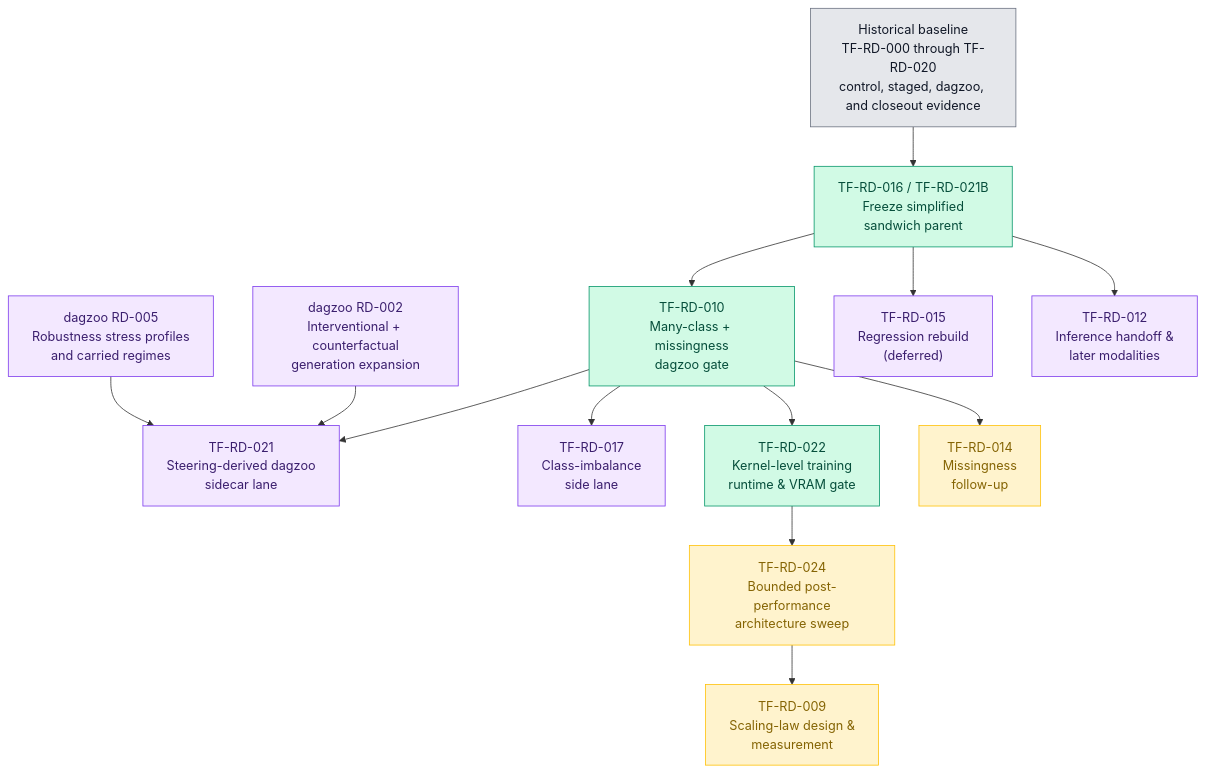
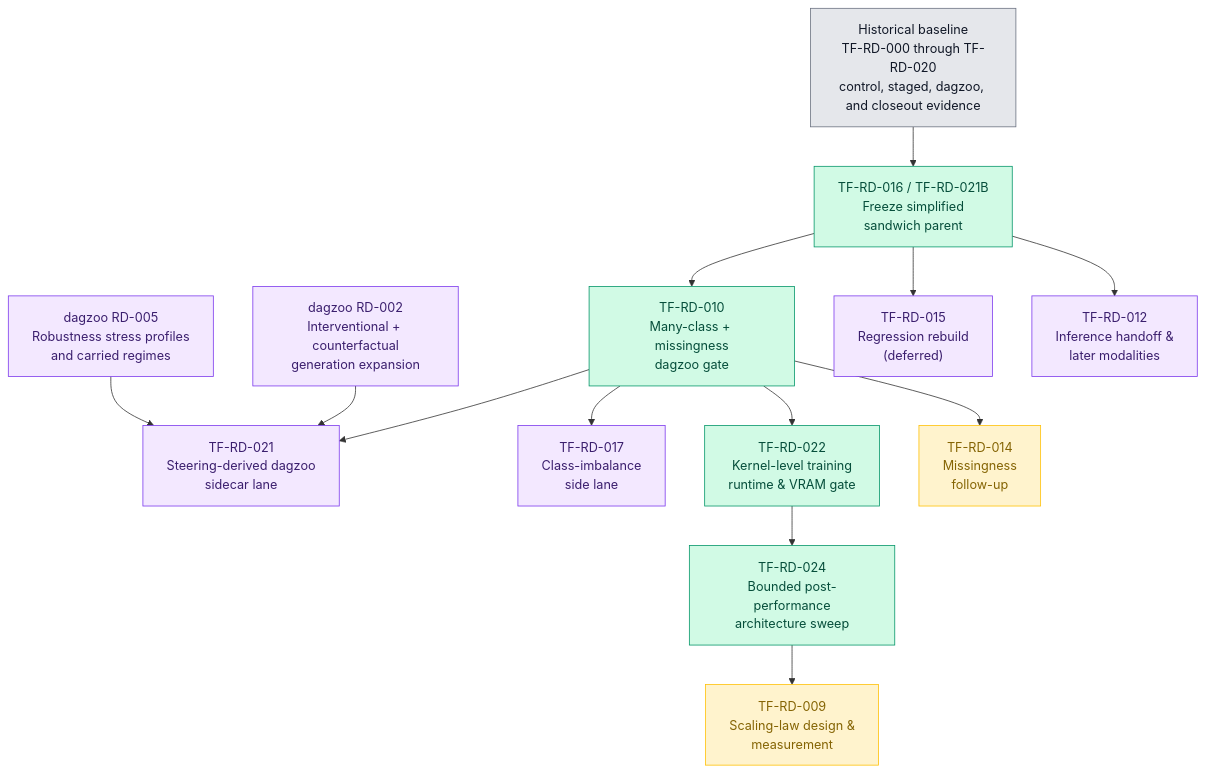
One commit to bensonlee5/tab-foundry changed the diagram in docs/development/roadmap.md. Above: the diagram before and after it, drawn with Mermaid. The commit also changed other lines of this file and 9 other files, not shown here.

````diff
--- a/docs/development/roadmap.md
+++ b/docs/development/roadmap.md
@@ -153,40 +153,40 @@
 ```mermaid
 flowchart TD
     HIST["Historical baseline<br/>TF-RD-000 through TF-RD-020<br/>control, staged, dagzoo, and closeout evidence"]
     RD016["TF-RD-016 / TF-RD-021B<br/>Freeze simplified<br/>sandwich parent"]
     RD010["TF-RD-010<br/>Many-class + missingness<br/>dagzoo gate"]
     RD021["TF-RD-021<br/>Steering-derived dagzoo<br/>sidecar lane"]
     DZ002["dagzoo RD-002<br/>Interventional + counterfactual<br/>generation expansion"]
     DZ005["dagzoo RD-005<br/>Robustness stress profiles<br/>and carried regimes"]
     RD017["TF-RD-017<br/>Class-imbalance<br/>side lane"]
     RD022["TF-RD-022<br/>Kernel-level training<br/>runtime & VRAM gate"]
     RD024["TF-RD-024<br/>Bounded post-performance<br/>architecture sweep"]
     RD014["TF-RD-014<br/>Missingness<br/>follow-up"]
     RD015["TF-RD-015<br/>Regression rebuild<br/>(deferred)"]
     RD012["TF-RD-012<br/>Inference handoff &<br/>later modalities"]
     RD009["TF-RD-009<br/>Scaling-law design &<br/>measurement"]
 
     HIST --> RD016
     RD016 --> RD010
     RD010 --> RD022
     RD022 --> RD024
     RD024 --> RD009
     RD010 --> RD021
     DZ002 --> RD021
     DZ005 --> RD021
     RD010 --> RD014
     RD010 --> RD017
     RD016 --> RD015
     RD016 --> RD012
 
     classDef hist fill:#e5e7eb,stroke:#6b7280,color:#111827;
     classDef done fill:#d1fae5,stroke:#059669,color:#064e3b;
     classDef readyNow fill:#fff3cd,stroke:#ffc107,color:#856404;
     classDef gate fill:#fff1d6,stroke:#c67a00,color:#3d2a00;
     classDef later fill:#f3e8ff,stroke:#7c3aed,color:#3b1f6e;
 
     class HIST hist;
-    class RD010,RD016,RD022 done;
-    class RD024,RD009,RD014 readyNow;
+    class RD010,RD016,RD022,RD024 done;
+    class RD009,RD014 readyNow;
     class DZ002,DZ005,RD021,RD012,RD015,RD017 later;
 ```
````
